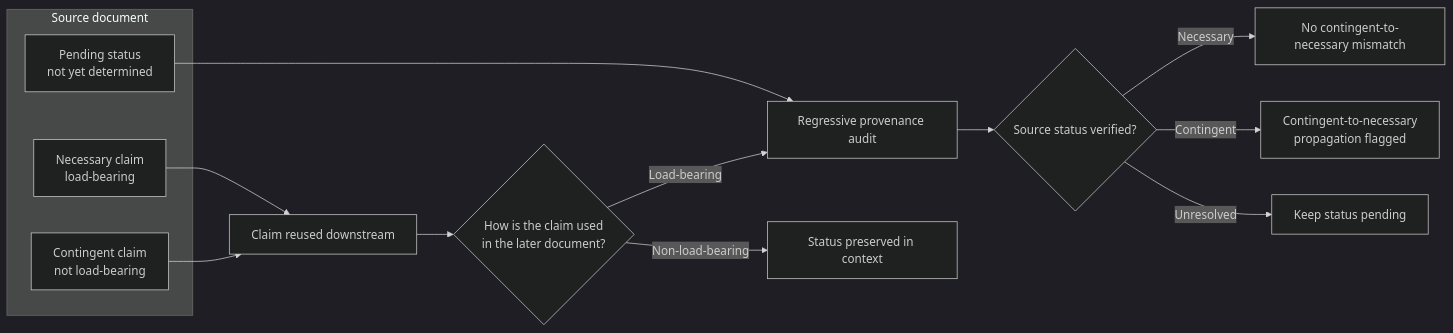
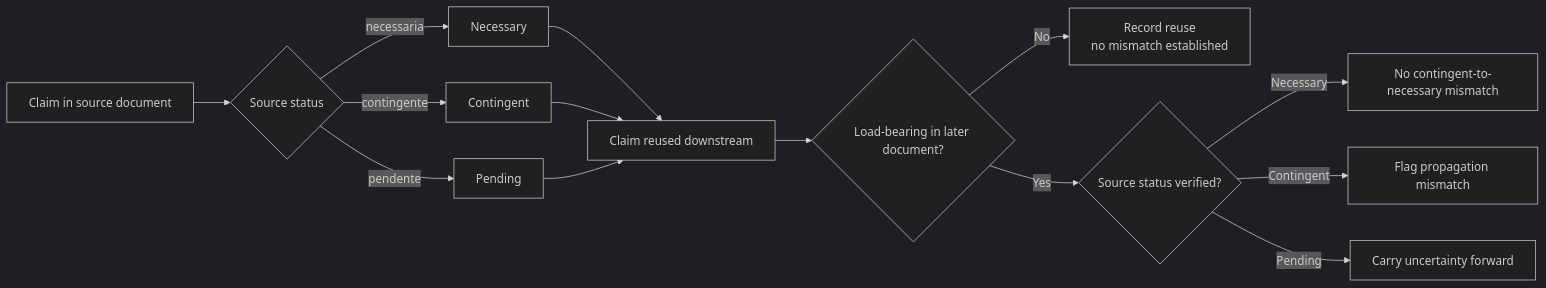
Before and after one commit to franklinbaldo/papers: the diagram in proveniencia_claims.md, drawn with Mermaid (dark theme). The commit also changed other lines of this file, not shown here.

Commit message:
docs: clarify downstream claim-provenance mismatch

````diff
--- a/proveniencia_claims.md
+++ b/proveniencia_claims.md
@@ -182,19 +182,17 @@
 ```mermaid
 flowchart LR
-    subgraph S[Source document]
-        N[Necessary claim<br/>load-bearing]
-        C[Contingent claim<br/>not load-bearing]
-        P[Pending status<br/>not yet determined]
-    end
+    S[Claim in source document] --> A{Source status}
+    A -- necessaria --> N[Necessary]
+    A -- contingente --> C[Contingent]
+    A -- pendente --> P[Pending]
 
-    N --> R[Claim reused downstream]
-    C --> R
-    P --> A[Regressive provenance audit]
-    R --> U{How is the claim used<br/>in the later document?}
-    U -- Non-load-bearing --> K[Status preserved in context]
-    U -- Load-bearing --> A
-    A --> V{Source status verified?}
+    N --> U[Claim reused downstream]
+    C --> U
+    P --> U
+    U --> L{Load-bearing in later document?}
+    L -- No --> R[Record reuse<br/>no mismatch established]
+    L -- Yes --> V{Source status verified?}
     V -- Necessary --> OK[No contingent-to-necessary mismatch]
-    V -- Contingent --> F[Contingent-to-necessary<br/>propagation flagged]
-    V -- Unresolved --> Q[Keep status pending]
+    V -- Contingent --> F[Flag propagation mismatch]
+    V -- Pending --> Q[Carry uncertainty forward]
 ```
````
